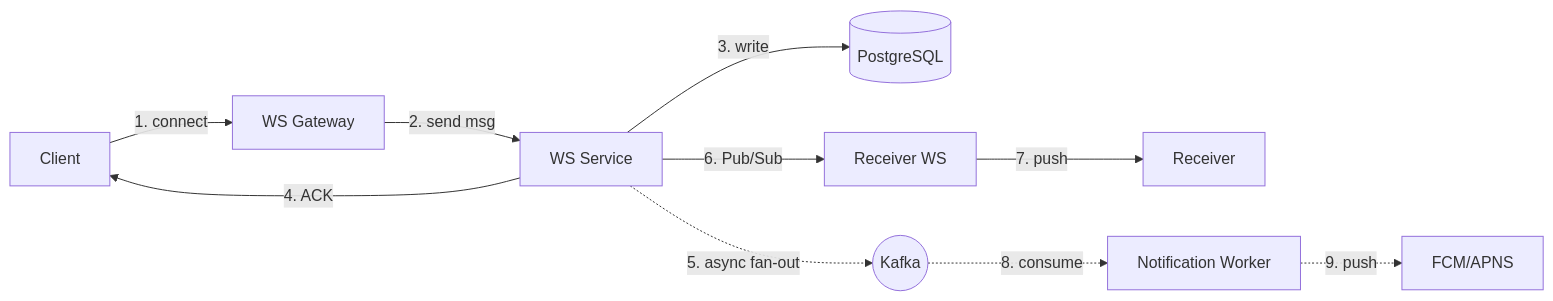
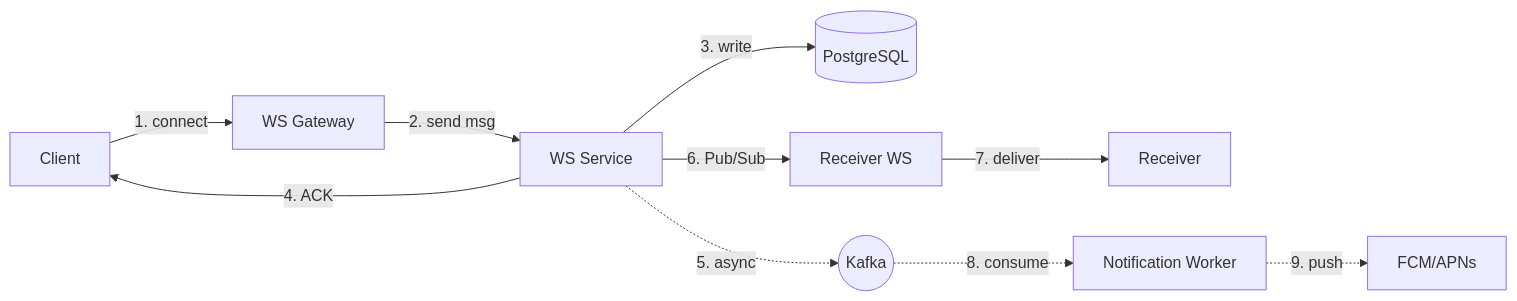
Before and after one commit to VenkataAnilKumar/System-Design-Case-Studies: the fifth of 5 diagrams in case-studies/01-real-time-chat-application/02-architecture.md, drawn with Mermaid. The commit also changed other lines of this file and 4 other files, not shown here.

````diff
--- a/case-studies/01-real-time-chat-application/02-architecture.md
+++ b/case-studies/01-real-time-chat-application/02-architecture.md
@@ -464,12 +471,12 @@
 ```mermaid
 flowchart LR
     A[Client] -->|1. connect| B[WS Gateway]
     B -->|2. send msg| C[WS Service]
     C -->|3. write| D[(PostgreSQL)]
     C -->|4. ACK| A
-    C -.->|5. async fan-out| E((Kafka))
+    C -.->|5. async| E((Kafka))
     C -->|6. Pub/Sub| F[Receiver WS]
-    F -->|7. push| G[Receiver]
+    F -->|7. deliver| G[Receiver]
     E -.->|8. consume| H[Notification Worker]
-    H -.->|9. push| I[FCM/APNS]
+    H -.->|9. push| I[FCM/APNs]
 ```
````
